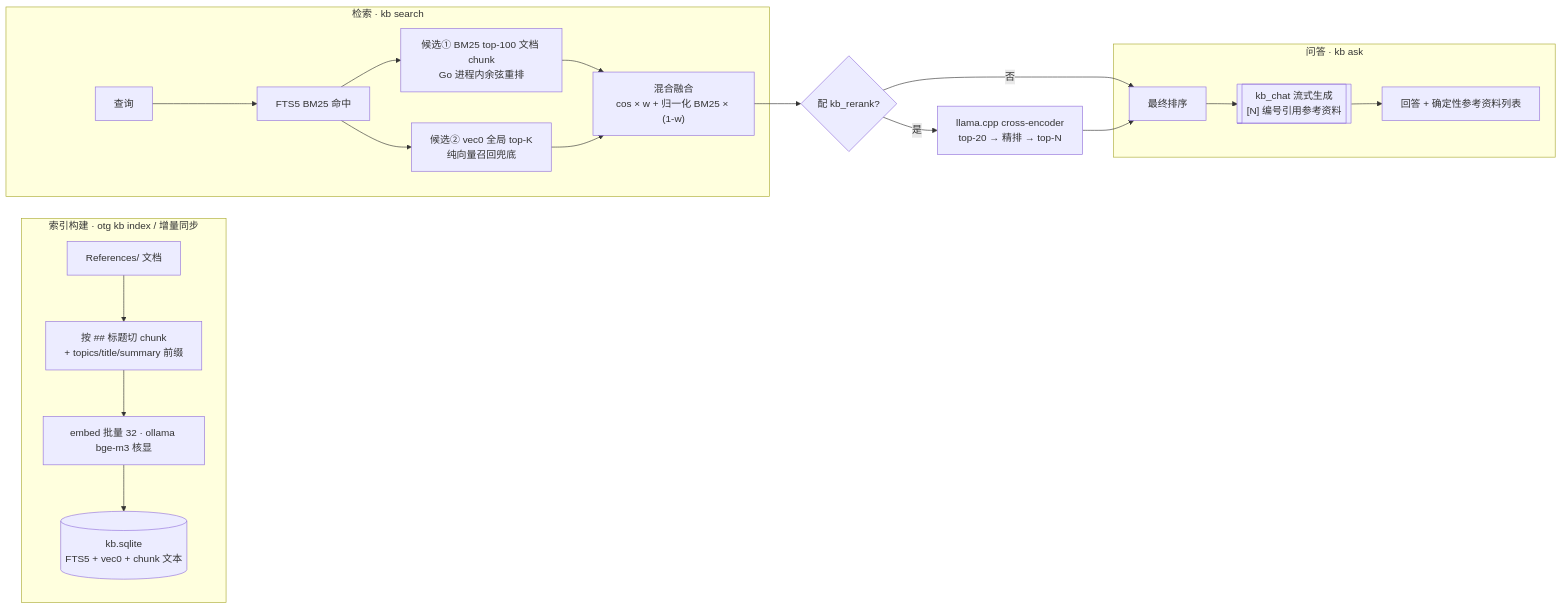
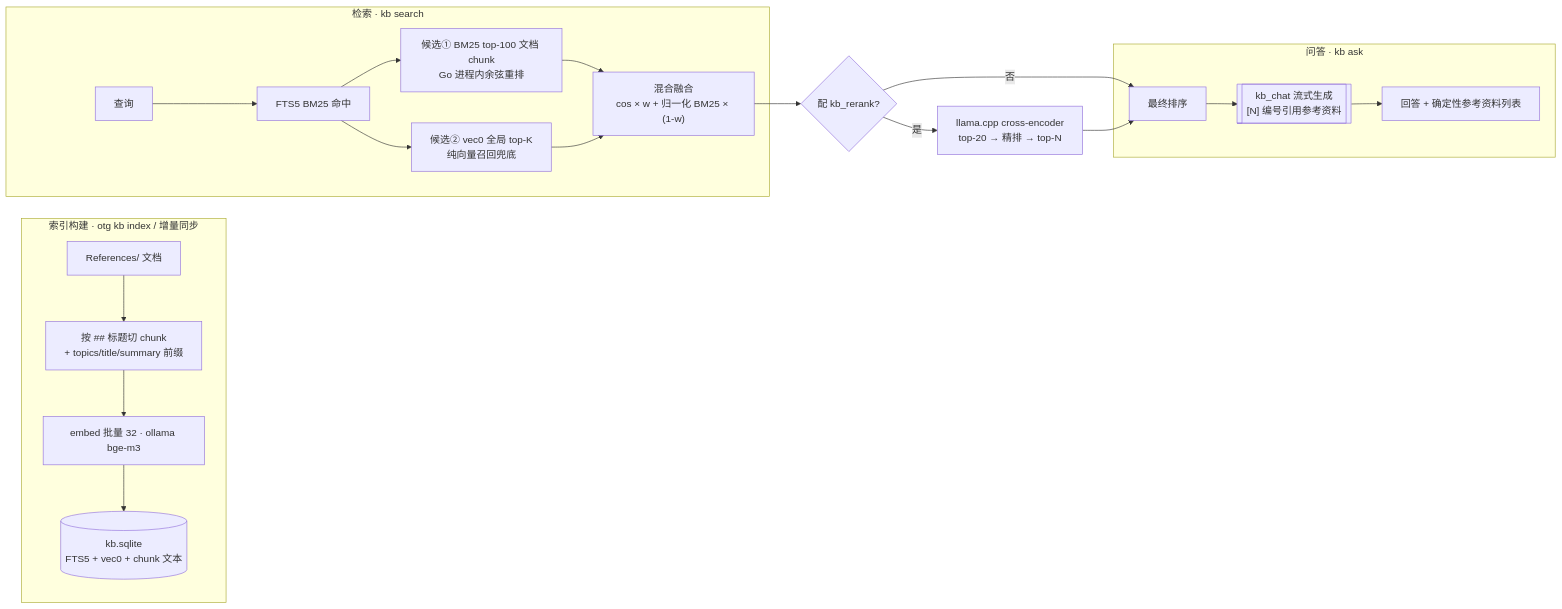
Before and after one commit to ndzuki/obsidian-task-runner: the first of 3 diagrams in docs/ops-manual.md, drawn with Mermaid. The commit also changed other lines of this file and 107 other files, not shown here.

````diff
--- a/docs/ops-manual.md
+++ b/docs/ops-manual.md
@@ -74,23 +74,23 @@
 ```mermaid
 flowchart LR
     subgraph Index[索引构建 · otg kb index / 增量同步]
         A[References/ 文档] --> B[按 ## 标题切 chunk<br/>+ topics/title/summary 前缀]
-        B --> C[embed 批量 32 · ollama bge-m3 核显]
+        B --> C[embed 批量 32 · ollama bge-m3]
         C --> D[(kb.sqlite<br/>FTS5 + vec0 + chunk 文本)]
     end
     subgraph Query[检索 · kb search]
         Q[查询] --> E[FTS5 BM25 命中]
         E --> F[候选① BM25 top-100 文档 chunk<br/>Go 进程内余弦重排]
         E --> G[候选② vec0 全局 top-K<br/>纯向量召回兜底]
         F --> H["混合融合<br/>cos × w + 归一化 BM25 × (1-w)"]
         G --> H
     end
     H --> R{配 kb_rerank?}
     R -->|是| K[llama.cpp cross-encoder<br/>top-20 → 精排 → top-N]
     R -->|否| L[最终排序]
     K --> L
     subgraph Ask[问答 · kb ask]
         L --> M[["kb_chat 流式生成<br/>[N] 编号引用参考资料"]]
         M --> N[回答 + 确定性参考资料列表]
     end
 ```
````
